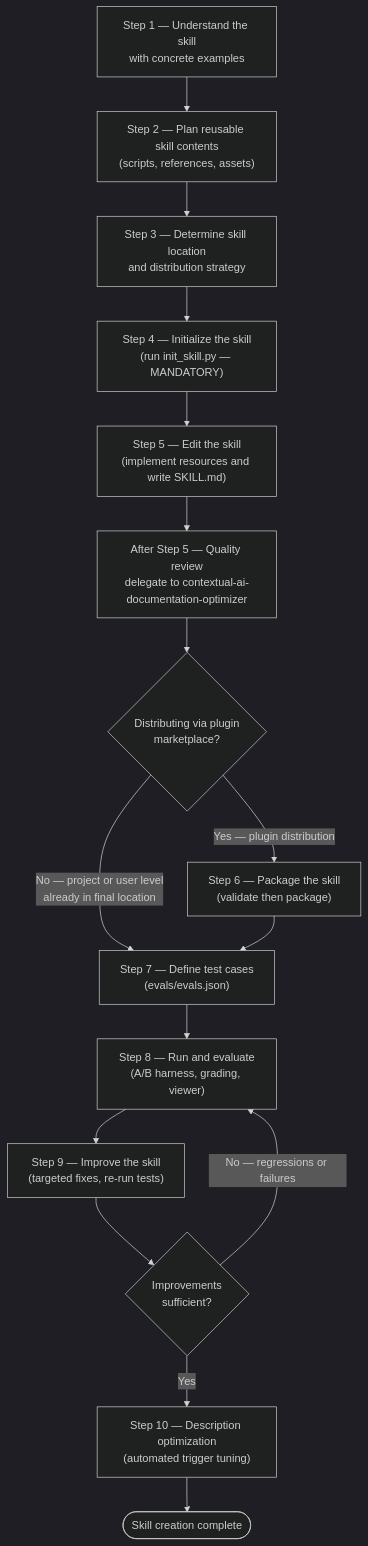
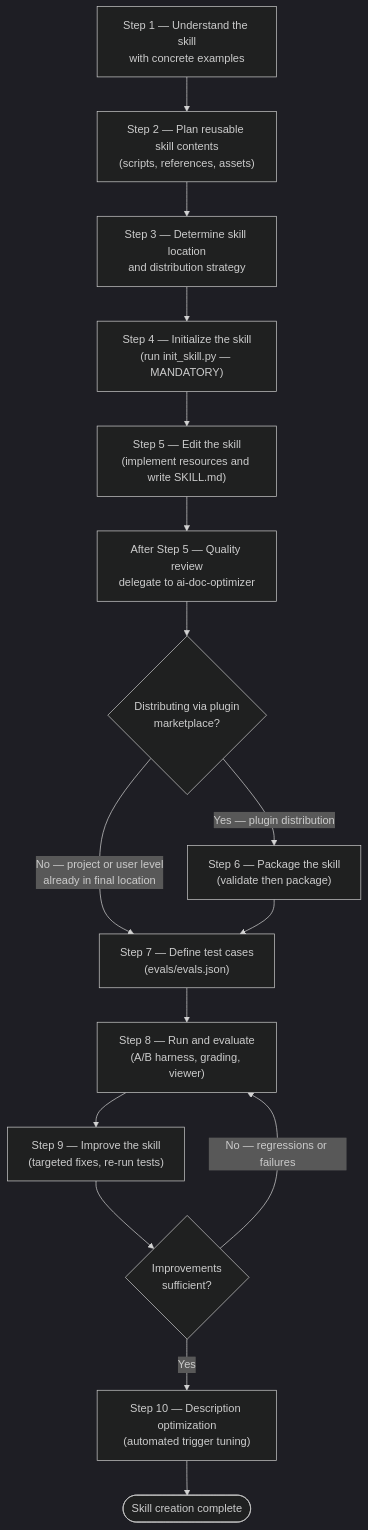
The third of 5 diagrams in plugins/plugin-creator/skills/skill-creator/SKILL.md (chgreer1070/claude_skills), drawn with Mermaid (dark theme) before and after one commit. The commit also changed other lines of this file and 1 other file, not shown here.

Commit message:
fix(plugin-creator): replace stale contextual-ai-documentation-optimizer refs in skill-creator/SKILL.md

````diff
--- a/plugins/plugin-creator/skills/skill-creator/SKILL.md
+++ b/plugins/plugin-creator/skills/skill-creator/SKILL.md
@@ -290,20 +290,20 @@
 ```mermaid
 flowchart TD
     S1["Step 1 — Understand the skill<br>with concrete examples"] --> S2
     S2["Step 2 — Plan reusable skill contents<br>(scripts, references, assets)"] --> S3
     S3["Step 3 — Determine skill location<br>and distribution strategy"] --> S4
     S4["Step 4 — Initialize the skill<br>(run init_skill.py — MANDATORY)"] --> S5
     S5["Step 5 — Edit the skill<br>(implement resources and write SKILL.md)"] --> S5R
-    S5R["After Step 5 — Quality review<br>delegate to contextual-ai-documentation-optimizer"] --> S6Q
+    S5R["After Step 5 — Quality review<br>delegate to ai-doc-optimizer"] --> S6Q
     S6Q{"Distributing via plugin<br>marketplace?"}
     S6Q -->|"Yes — plugin distribution"| S6["Step 6 — Package the skill<br>(validate then package)"]
     S6Q -->|"No — project or user level<br>already in final location"| S7
     S6 --> S7
     S7["Step 7 — Define test cases<br>(evals/evals.json)"] --> S8
     S8["Step 8 — Run and evaluate<br>(A/B harness, grading, viewer)"] --> S9
     S9["Step 9 — Improve the skill<br>(targeted fixes, re-run tests)"] --> S9Q
     S9Q{"Improvements<br>sufficient?"}
     S9Q -->|"No — regressions or failures"| S8
     S9Q -->|"Yes"| S10
     S10["Step 10 — Description optimization<br>(automated trigger tuning)"] --> Done(["Skill creation complete"])
 ```
````
